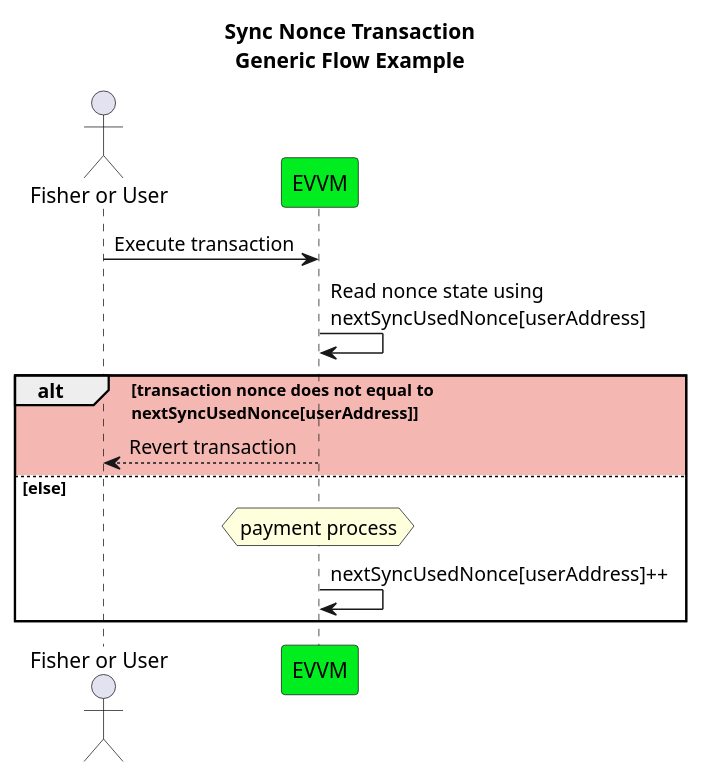
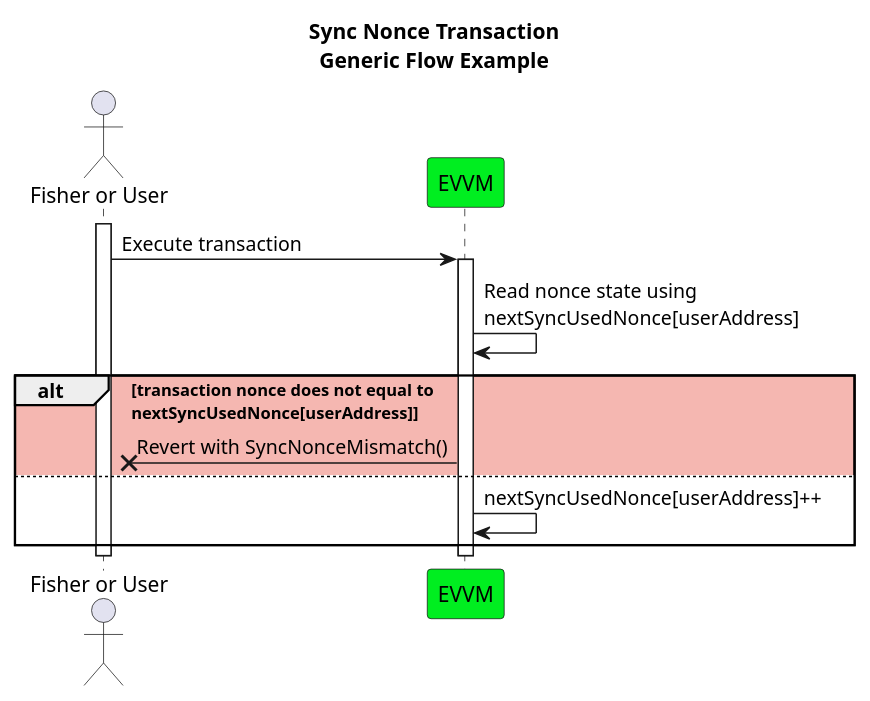
The diagram in docs/04-Contracts/01-EVVM/img/_plantUML/02NonceTypes/SyncNonces.puml (EVVM-org/documentation-website), drawn with PlantUML before and after one commit. The commit also changed 134 other files, not shown here.

```diff
--- a/docs/04-Contracts/01-EVVM/img/_plantUML/02NonceTypes/SyncNonces.puml
+++ b/docs/04-Contracts/01-EVVM/img/_plantUML/02NonceTypes/SyncNonces.puml
@@ -1,32 +1,37 @@
 @startuml
 
 <style>
 document {
   BackGroundColor white
 }
 
 </style>
 
 actor "Fisher or User" as executor
 participant "EVVM" as evvm #00EE20
 
 
 title Sync Nonce Transaction\nGeneric Flow Example
 
 
+activate executor
 executor -> evvm : Execute transaction
+activate evvm
 
 evvm -> evvm : Read nonce state using\nnextSyncUsedNonce[userAddress]
 
 alt #f5b7b1 transaction nonce does not equal to\nnextSyncUsedNonce[userAddress]
 
-    evvm --> executor : Revert transaction
+    evvm -x executor : Revert with SyncNonceMismatch()
 
-else #white else
-    hnote over evvm : payment process
+else #white
+    note right : Payment processing (illustrative)
     evvm -> evvm : nextSyncUsedNonce[userAddress]++
 end
+
+deactivate evvm
+deactivate executor
 
 
 
 @enduml
```
